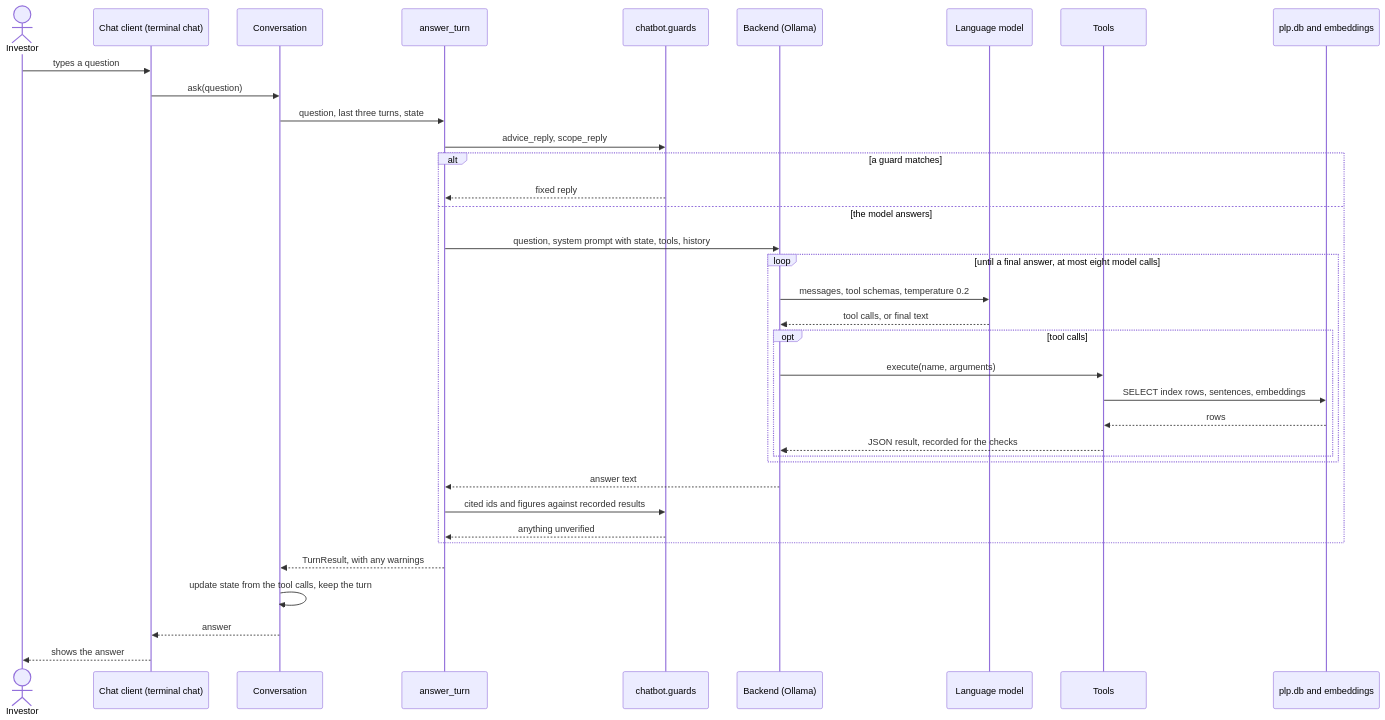
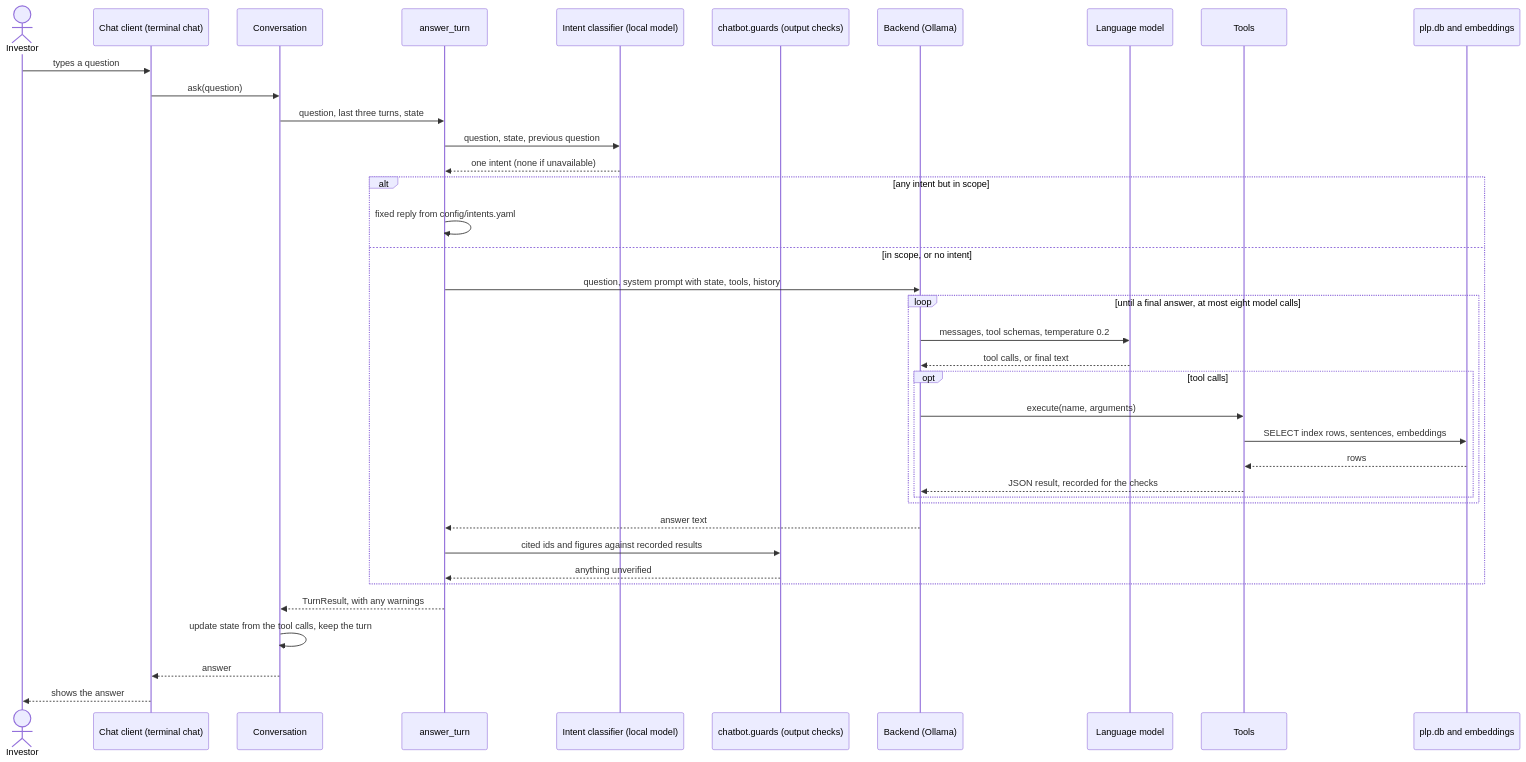
One commit to Gavingyh/plp-project changed the diagram in docs/diagrams/src/08-chatbot-sequence.mmd. Above: the diagram before and after it, drawn with Mermaid. The commit also changed 34 other files, not shown here.

First line of the commit message:
Docs for the intent classifier and chatbot settings; diagrams redrawn

```diff
--- a/docs/diagrams/src/08-chatbot-sequence.mmd
+++ b/docs/diagrams/src/08-chatbot-sequence.mmd
@@ -1,40 +1,42 @@
 sequenceDiagram
   accTitle: Chatbot sequence from a chat client
-  accDescr: The chat client hands the question to the conversation, which runs the guards, then the model's tool loop against the database, then the output checks, and updates its state.
+  accDescr: The chat client hands the question to the conversation, which asks a local intent classifier first, then runs the model's tool loop against the database, then the output checks, and updates its state.
 
   actor user as Investor
   participant ui as Chat client (terminal chat)
   participant conv as Conversation
   participant turn as answer_turn
-  participant g as chatbot.guards
+  participant ic as Intent classifier (local model)
+  participant g as chatbot.guards (output checks)
   participant be as Backend (Ollama)
   participant llm as Language model
   participant tools as Tools
   participant db as plp.db and embeddings
 
   user->>ui: types a question
   ui->>conv: ask(question)
   conv->>turn: question, last three turns, state
-  turn->>g: advice_reply, scope_reply
-  alt a guard matches
-    g-->>turn: fixed reply
-  else the model answers
+  turn->>ic: question, state, previous question
+  ic-->>turn: one intent (none if unavailable)
+  alt any intent but in scope
+    turn->>turn: fixed reply from config/intents.yaml
+  else in scope, or no intent
     turn->>be: question, system prompt with state, tools, history
     loop until a final answer, at most eight model calls
       be->>llm: messages, tool schemas, temperature 0.2
       llm-->>be: tool calls, or final text
       opt tool calls
         be->>tools: execute(name, arguments)
         tools->>db: SELECT index rows, sentences, embeddings
         db-->>tools: rows
         tools-->>be: JSON result, recorded for the checks
       end
     end
     be-->>turn: answer text
     turn->>g: cited ids and figures against recorded results
     g-->>turn: anything unverified
   end
   turn-->>conv: TurnResult, with any warnings
   conv->>conv: update state from the tool calls, keep the turn
   conv-->>ui: answer
   ui-->>user: shows the answer
```
